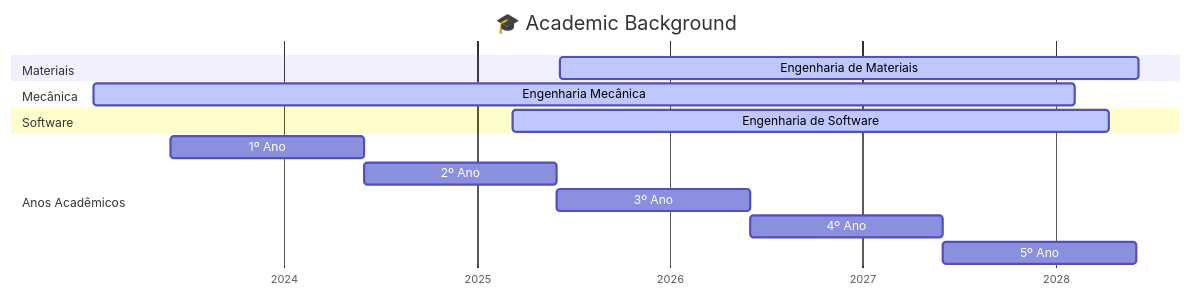
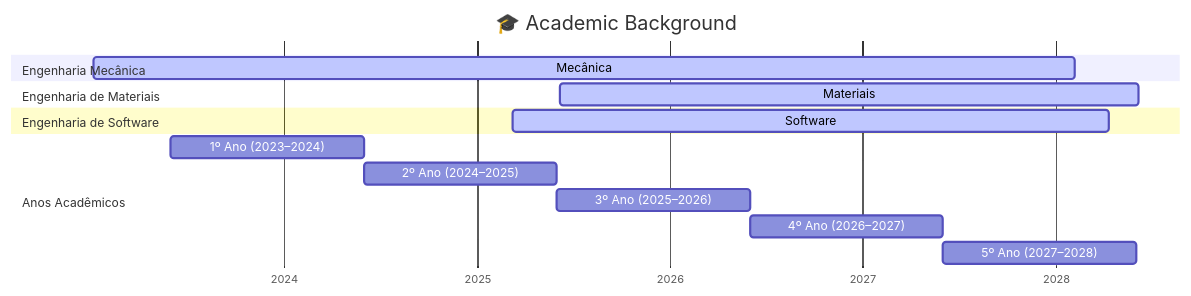
One commit to delblerferreira/delblerferreira changed the first of 3 diagrams in README.md. Above: the diagram before and after it, drawn with Mermaid.

````diff
--- a/README.md
+++ b/README.md
@@ -31,23 +31,23 @@
 ```mermaid
 gantt
     dateFormat  YYYY-MM-DD
     axisFormat  %Y
 
     title 🎓 Academic Background
 
-    section Materiais
-    Engenharia de Materiais     :active, materials, 2025-06-06, 2028-06-06
+    section Engenharia Mecânica
+    Mecânica                   :active, mechanical, 2023-01-06, 2028-02-06
 
-    section Mecânica
-    Engenharia Mecânica         :active, mechanical, 2023-01-06, 2028-02-06
+    section Engenharia de Materiais
+    Materiais                  :active, materials, 2025-06-06, 2028-06-06
 
-    section Software
-    Engenharia de Software      :active, software, 2025-03-10, 2028-04-10
+    section Engenharia de Software
+    Software                   :active, software, 2025-03-10, 2028-04-10
 
     section Anos Acadêmicos
-    1º Ano                      :a1, 2023-06-01, 1y
-    2º Ano                      :a2, 2024-06-01, 1y
-    3º Ano                      :a3, 2025-06-01, 1y
-    4º Ano                      :a4, 2026-06-01, 1y
-    5º Ano                      :a5, 2027-06-01, 1y
+    1º Ano (2023–2024)         :a1, 2023-06-01, 2024-06-01
+    2º Ano (2024–2025)         :a2, 2024-06-01, 2025-06-01
+    3º Ano (2025–2026)         :a3, 2025-06-01, 2026-06-01
+    4º Ano (2026–2027)         :a4, 2026-06-01, 2027-06-01
+    5º Ano (2027–2028)         :a5, 2027-06-01, 2028-06-01
 ```
````
